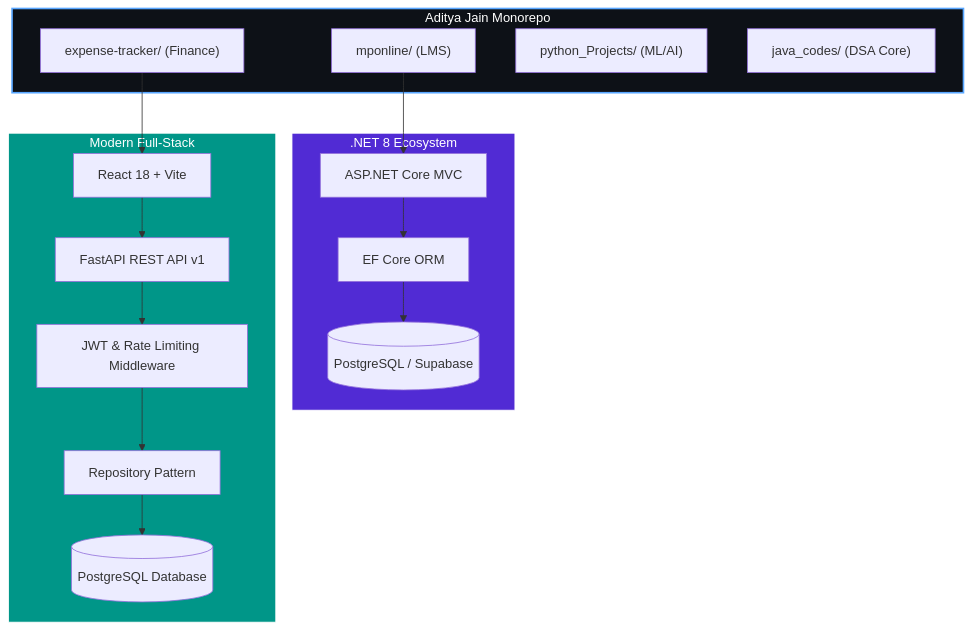
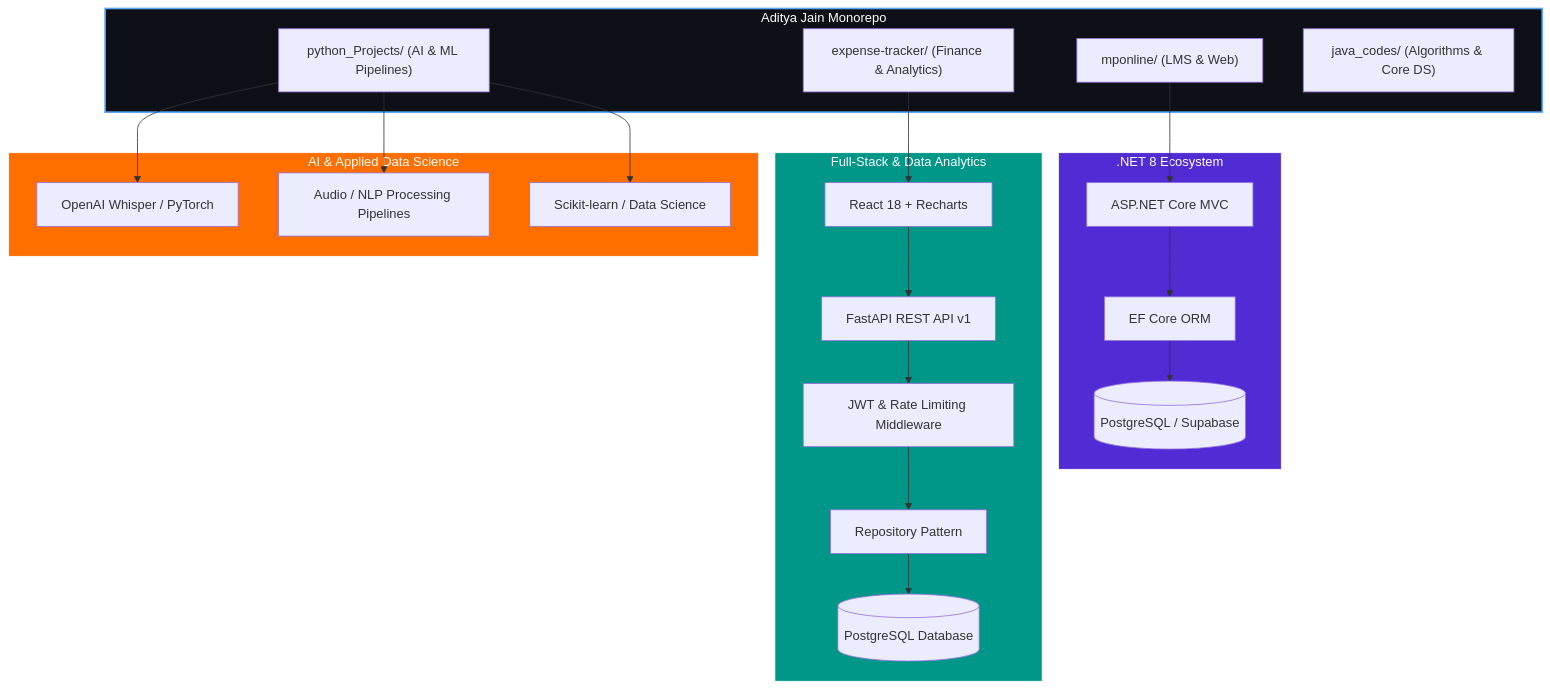
One commit to Aditya4860/Aditya4860 changed the diagram in README.md. Above: the diagram before and after it, drawn with Mermaid. The commit also changed other lines of this file, not shown here.

Commit message:
docs: position profile as AI/ML, Data Science, Data Analytics, and Full Stack Engineer

````diff
--- a/README.md
+++ b/README.md
@@ -211,30 +214,38 @@
 ```mermaid
 graph TD
     subgraph Monorepo ["Aditya Jain Monorepo"]
-        LMS["mponline/ (LMS)"]
-        EXP["expense-tracker/ (Finance)"]
-        ML["python_Projects/ (ML/AI)"]
-        DSA["java_codes/ (DSA Core)"]
+        LMS["mponline/ (LMS & Web)"]
+        EXP["expense-tracker/ (Finance & Analytics)"]
+        ML["python_Projects/ (AI & ML Pipelines)"]
+        DSA["java_codes/ (Algorithms & Core DS)"]
     end
 
     subgraph LMS_Stack [".NET 8 Ecosystem"]
         LMS --> MVC[ASP.NET Core MVC]
         MVC --> EF[EF Core ORM]
         EF --> PG_LMS[(PostgreSQL / Supabase)]
     end
 
-    subgraph EXP_Stack ["Modern Full-Stack"]
-        EXP --> SPA[React 18 + Vite]
+    subgraph EXP_Stack ["Full-Stack & Data Analytics"]
+        EXP --> SPA[React 18 + Recharts]
         SPA --> REST[FastAPI REST API v1]
         REST --> SEC[JWT & Rate Limiting Middleware]
         SEC --> REPO[Repository Pattern]
         REPO --> PG_EXP[(PostgreSQL Database)]
     end
 
+    subgraph ML_Stack ["AI & Applied Data Science"]
+        ML --> WHISPER[OpenAI Whisper / PyTorch]
+        ML --> PIPELINES[Audio / NLP Processing Pipelines]
+        ML --> ANALYTICS[Scikit-learn / Data Science]
+    end
+
     classDef monorepo fill:#0d1117,stroke:#58a6ff,stroke-width:2px,color:#fff
     classDef lms fill:#512BD4,stroke:#fff,color:#fff
     classDef exp fill:#009688,stroke:#fff,color:#fff
+    classDef ml fill:#FF6F00,stroke:#fff,color:#fff
     class Monorepo monorepo
     class LMS_Stack lms
     class EXP_Stack exp
+    class ML_Stack ml
 ```
````
